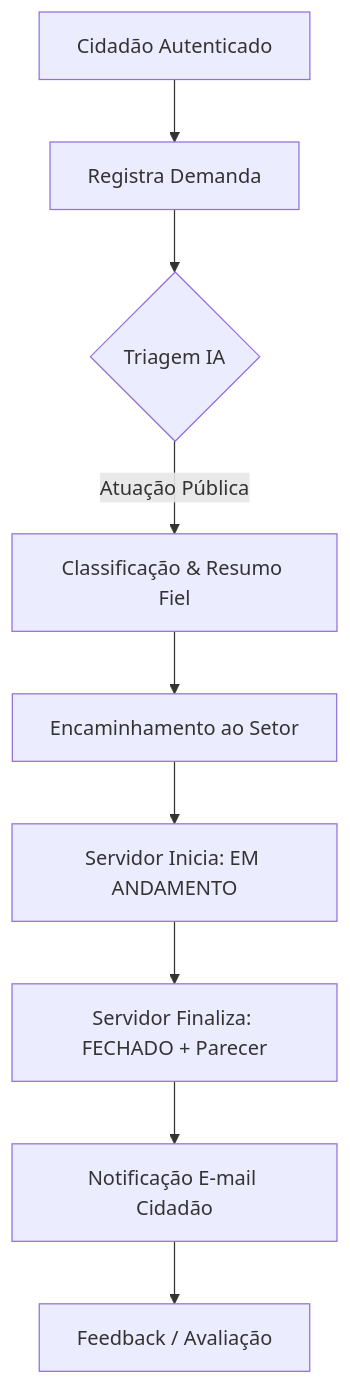
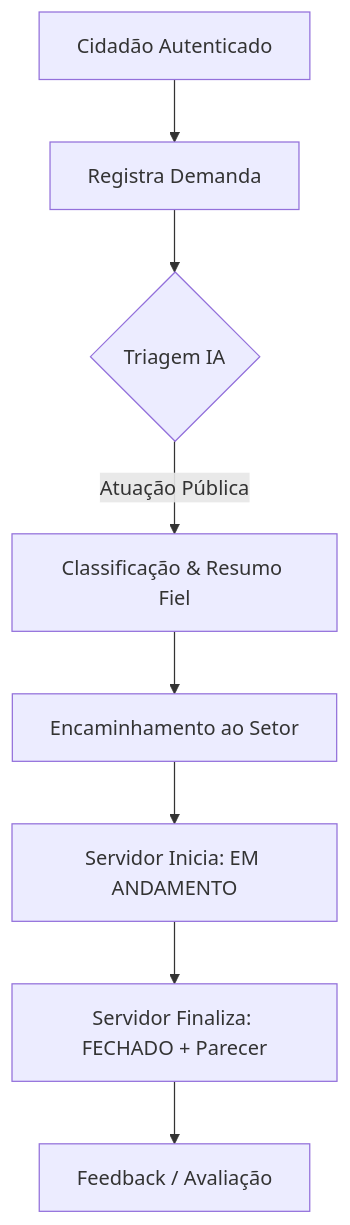
Before and after one commit to fragaeduardo/GovResolve-MVP: the second of 2 diagrams in docs/backlog-moscow.md, drawn with Mermaid. The commit also changed 124 other files, not shown here.

````diff
--- a/docs/backlog-moscow.md
+++ b/docs/backlog-moscow.md
@@ -45,11 +45,10 @@
 ```mermaid
 graph TD
     A[Cidadão Autenticado] --> B[Registra Demanda]
     B --> C{Triagem IA}
     C -->|Atuação Pública| D[Classificação & Resumo Fiel]
     D --> E[Encaminhamento ao Setor]
     E --> F[Servidor Inicia: EM ANDAMENTO]
     F --> G[Servidor Finaliza: FECHADO + Parecer]
-    G --> H[Notificação E-mail Cidadão]
-    H --> I[Feedback / Avaliação]
+    G --> H[Feedback / Avaliação]
 ```
````
